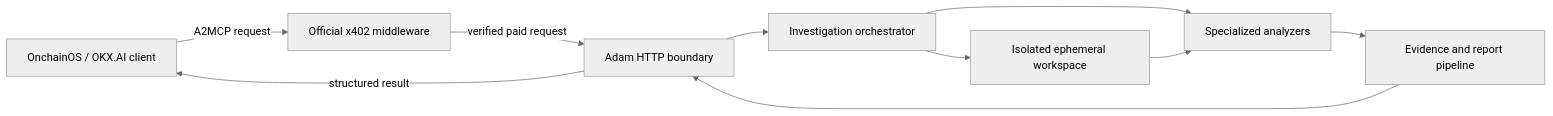
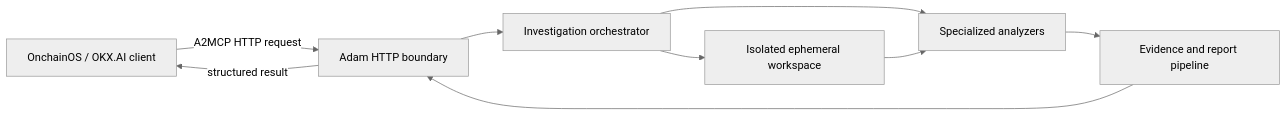
The diagram in README.md (onchaindc/Adam), drawn with Mermaid (neutral theme) before and after one commit. The commit also changed other lines of this file and 17 other files, not shown here.

````diff
--- a/README.md
+++ b/README.md
@@ -73,20 +73,18 @@
 ```mermaid
 flowchart LR
     Client["OnchainOS / OKX.AI client"]
-    Payment["Official x402 middleware"]
     API["Adam HTTP boundary"]
     Orchestrator["Investigation orchestrator"]
     Workspace["Isolated ephemeral workspace"]
     Analyzers["Specialized analyzers"]
     Evidence["Evidence and report pipeline"]
 
-    Client -->|"A2MCP request"| Payment
-    Payment -->|"verified paid request"| API
+    Client -->|"A2MCP HTTP request"| API
     API --> Orchestrator
     Orchestrator --> Workspace
     Orchestrator --> Analyzers
     Workspace --> Analyzers
     Analyzers --> Evidence
     Evidence --> API
     API -->|"structured result"| Client
 ```
````
